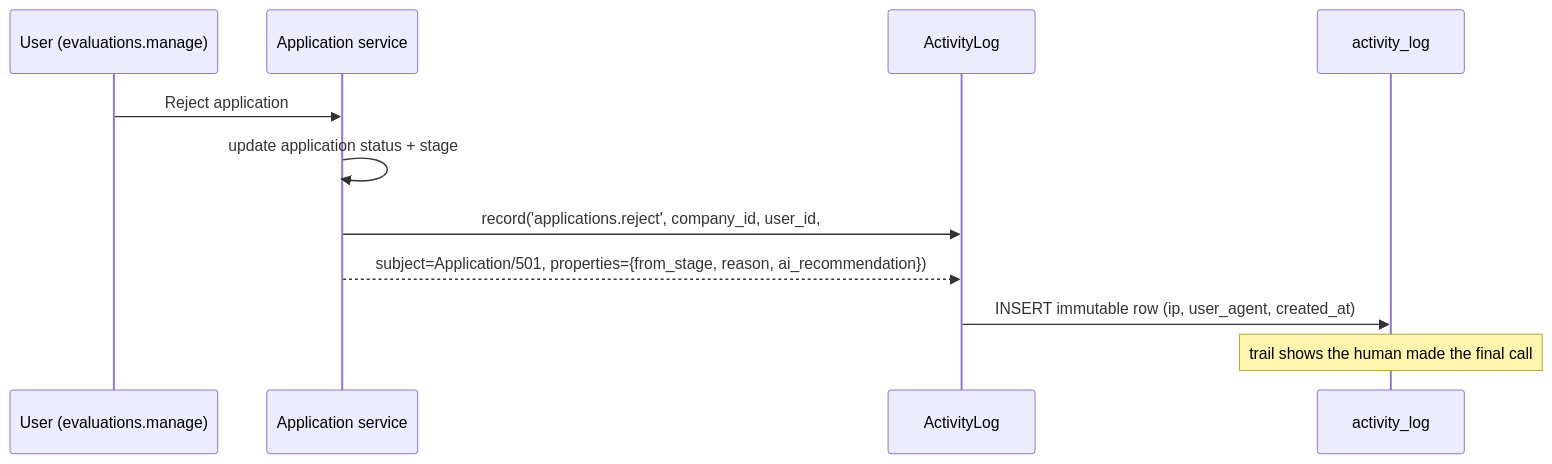
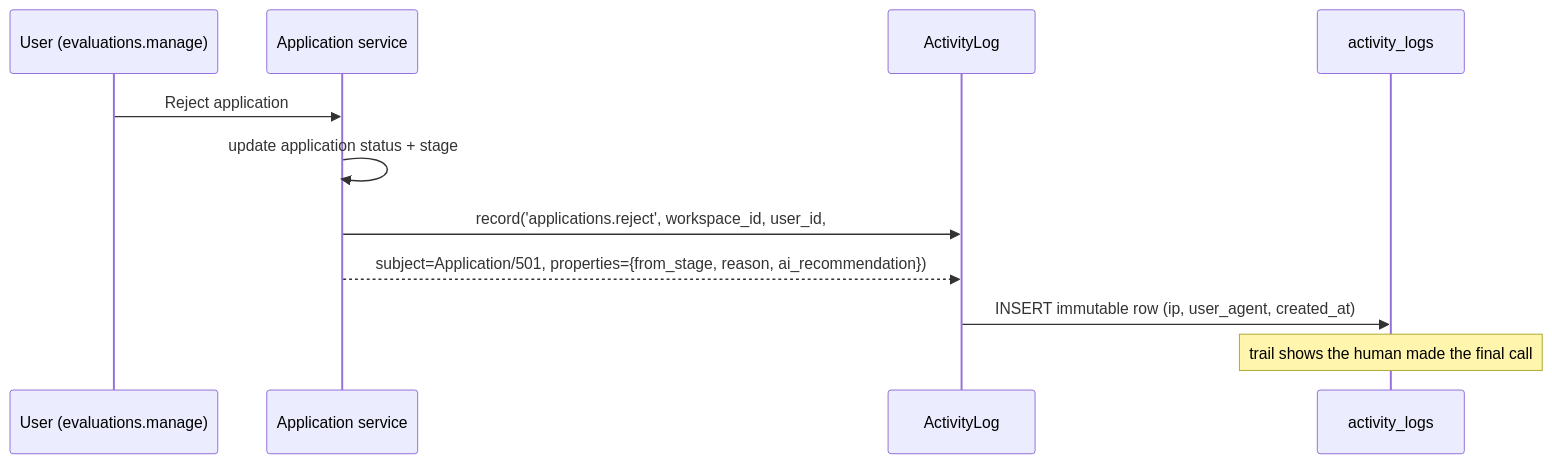
The second of 3 diagrams in docs/38-Audit-System.md (ammarnabileg/crm), drawn with Mermaid before and after one commit. The commit also changed other lines of this file and 47 other files, not shown here.

````diff
--- a/docs/38-Audit-System.md
+++ b/docs/38-Audit-System.md
@@ -64,13 +64,13 @@
 ```mermaid
 sequenceDiagram
     participant HRM as User (evaluations.manage)
     participant App as Application service
     participant AL as ActivityLog
-    participant DB as activity_log
+    participant DB as activity_logs
     HRM->>App: Reject application #501 (reason)
     App->>App: update application status + stage
-    App->>AL: record('applications.reject', company_id, user_id,
+    App->>AL: record('applications.reject', workspace_id, user_id,
     App-->>AL: subject=Application/501, properties={from_stage, reason, ai_recommendation})
     AL->>DB: INSERT immutable row (ip, user_agent, created_at)
     Note over DB: trail shows the human made the final call
 ```
````
